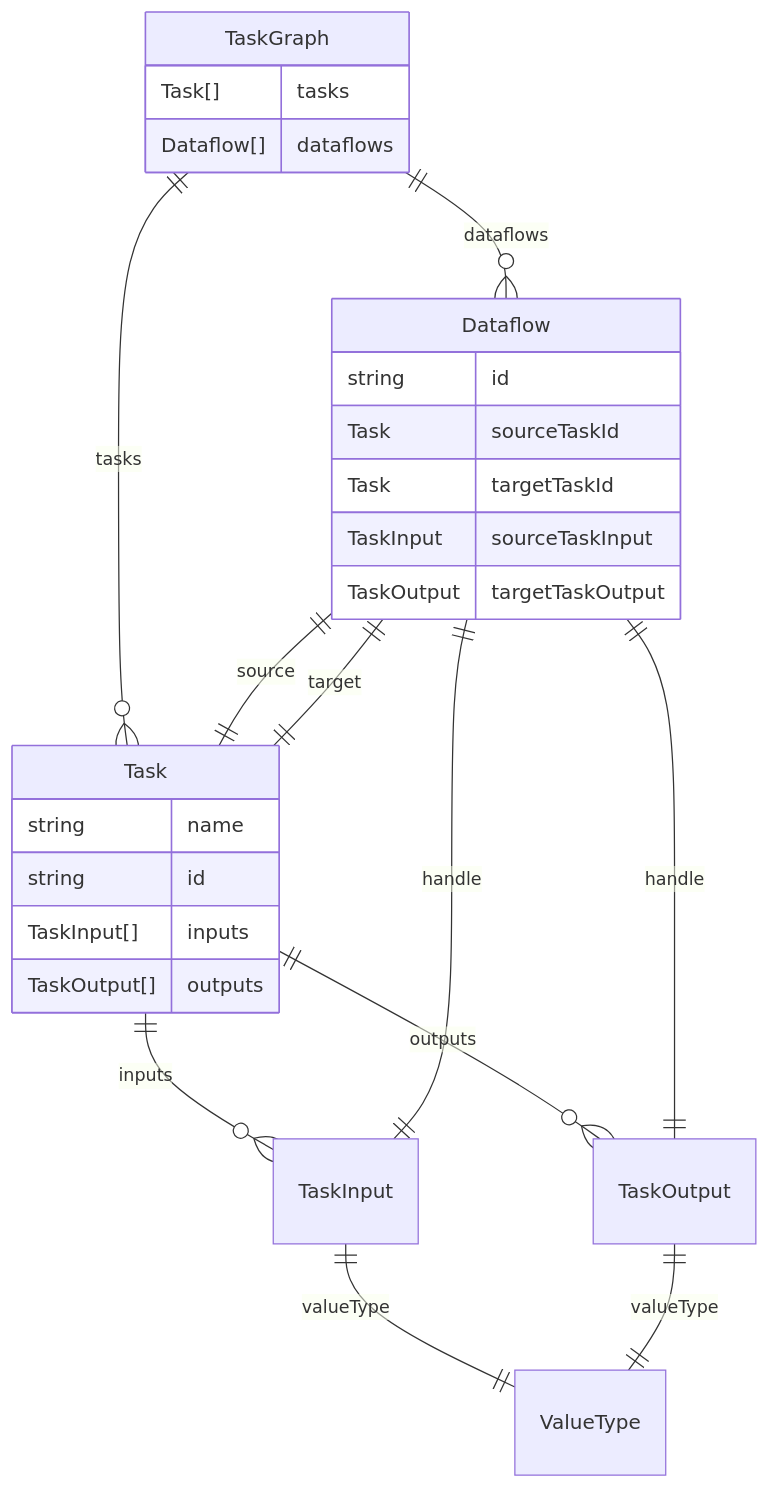
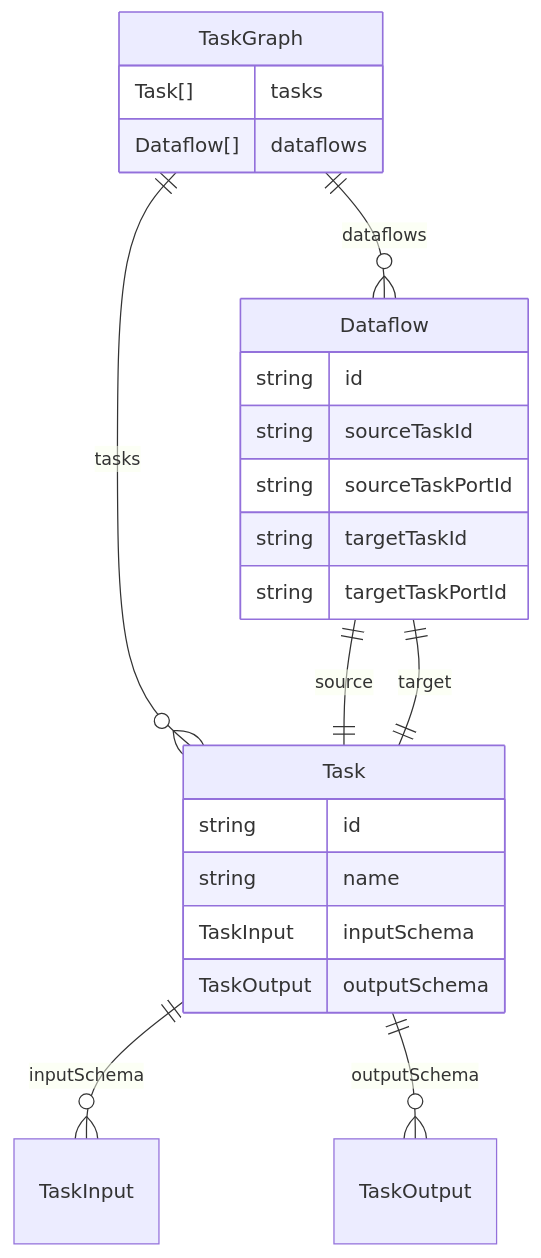
The diagram in docs/background/06_run_graph_orchestration.md (PodleyAI/podley), drawn with Mermaid before and after one commit. The commit also changed other lines of this file and 16 other files, not shown here.

````diff
--- a/docs/background/06_run_graph_orchestration.md
+++ b/docs/background/06_run_graph_orchestration.md
@@ -43,33 +41,29 @@
 ```mermaid
 erDiagram
     TaskGraph ||--o{ Task : tasks
     TaskGraph ||--o{ Dataflow : dataflows
-    Task ||--o{ TaskInput : inputs
-    Task ||--o{ TaskOutput: outputs
-    TaskInput ||--|| ValueType : valueType
-    TaskOutput ||--|| ValueType : valueType
-    Dataflow ||--|| TaskInput : handle
-    Dataflow ||--|| TaskOutput : handle
+    Task ||--o{ TaskInput : inputSchema
+    Task ||--o{ TaskOutput : outputSchema
     Dataflow ||--|| Task : source
     Dataflow ||--|| Task : target
 
     TaskGraph{
       Task[] tasks
       Dataflow[] dataflows
     }
 
     Task{
+      string id
       string name
-      string id
-      TaskInput[] inputs
-      TaskOutput[] outputs
+      TaskInput inputSchema
+      TaskOutput outputSchema
     }
 
     Dataflow{
       string id
-      Task sourceTaskId
-      Task targetTaskId
-      TaskInput sourceTaskInput
-      TaskOutput targetTaskOutput
+      string sourceTaskId
+      string sourceTaskPortId
+      string targetTaskId
+      string targetTaskPortId
     }
 ```
````
